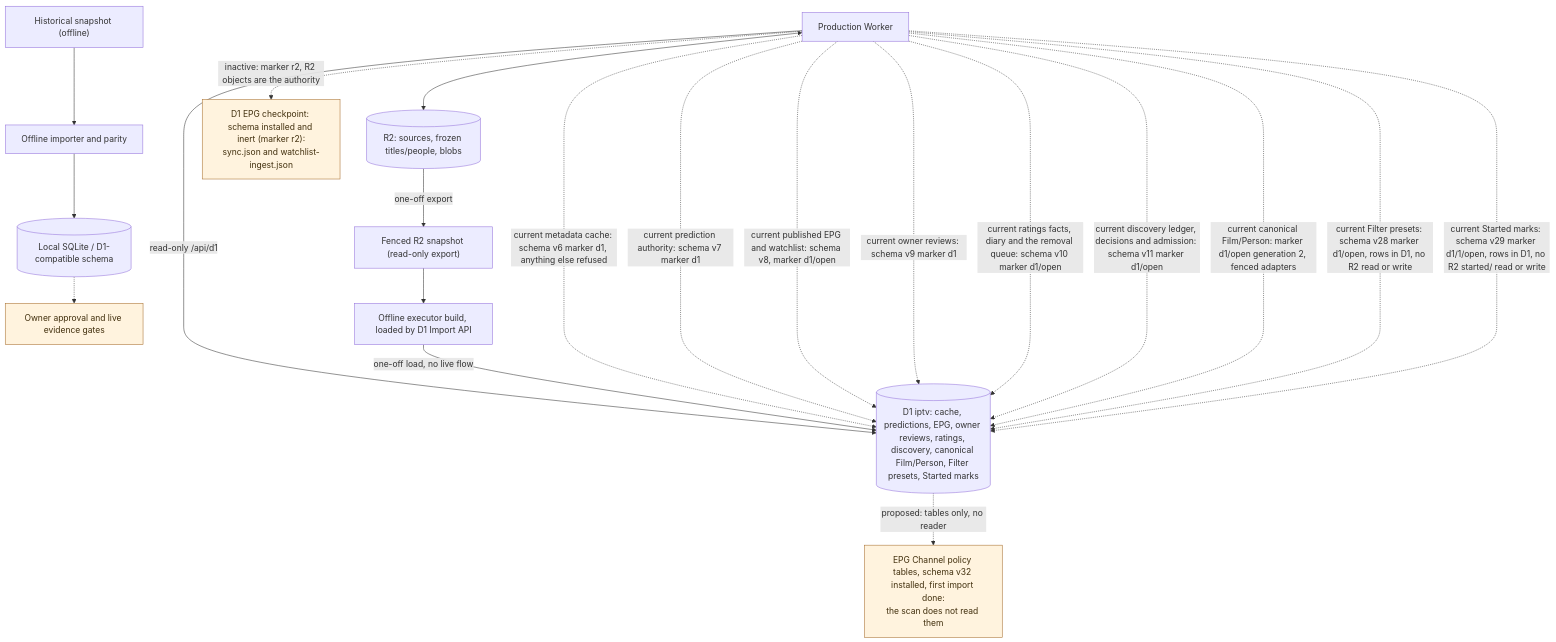
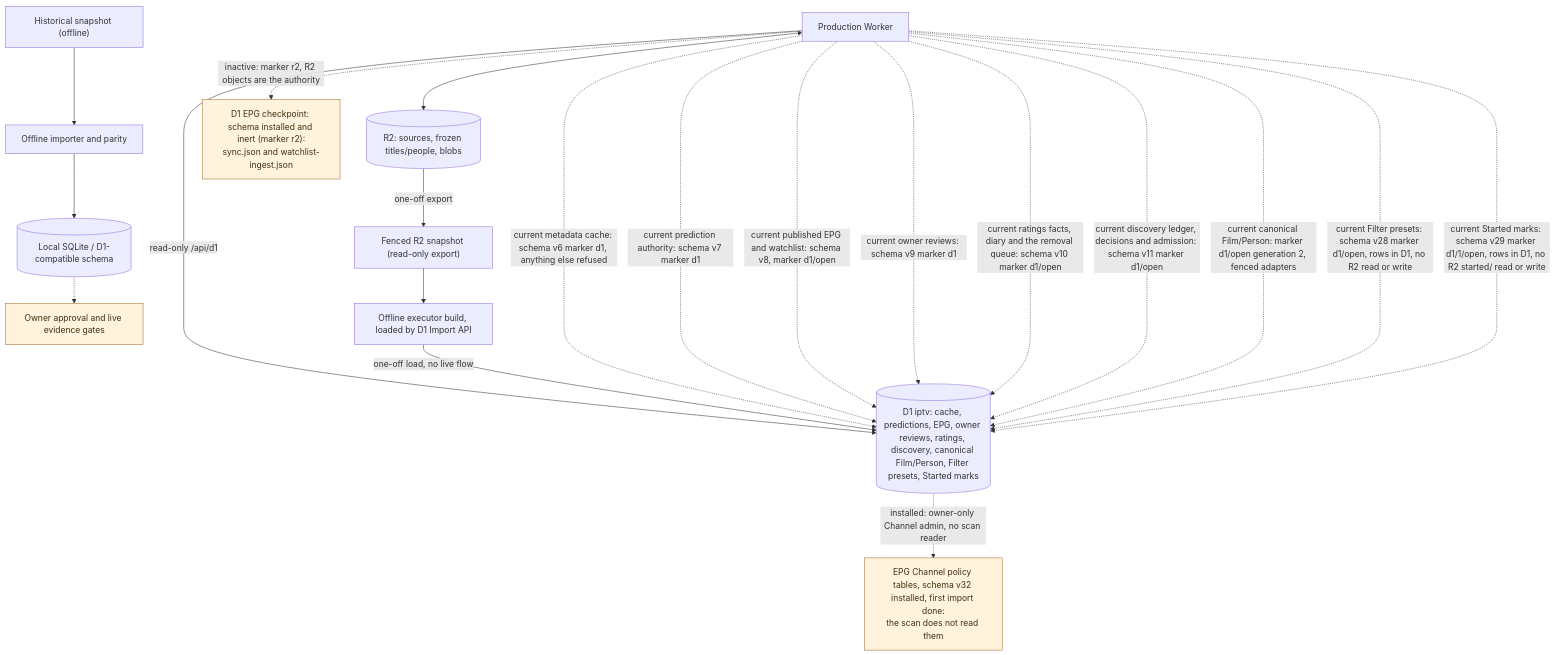
Before and after one commit to vladimino/iptv-watchlist: the diagram in docs/architecture/persistence-and-migration.md, drawn with Mermaid. The commit also changed other lines of this file and 5 other files, not shown here.

````diff
--- a/docs/architecture/persistence-and-migration.md
+++ b/docs/architecture/persistence-and-migration.md
@@ -7,32 +7,32 @@
 ```mermaid
 flowchart TD
     worker["Production Worker"]
     r2[("R2: sources, frozen titles/people, blobs")]
     archive["Historical snapshot (offline)"]
     importer["Offline importer and parity"]
     local[("Local SQLite / D1-compatible schema")]
     gate["Owner approval and live evidence gates"]
     snapshot["Fenced R2 snapshot (read-only export)"]
     reload["Offline executor build, loaded by D1 Import API"]
     d1[("D1 iptv: cache, predictions, EPG, owner reviews, ratings, discovery, canonical Film/Person, Filter presets, Started marks")]
     worker <--> r2
     worker -->|read-only /api/d1| d1
     archive --> importer --> local
     local -.-> gate
     r2 -->|one-off export| snapshot --> reload -->|one-off load, no live flow| d1
     worker -.->|current metadata cache: schema v6 marker d1, anything else refused| d1
     worker -.->|current prediction authority: schema v7 marker d1| d1
     worker -.->|current published EPG and watchlist: schema v8, marker d1/open| d1
     worker -.->|current owner reviews: schema v9 marker d1| d1
     worker -.->|current ratings facts, diary and the removal queue: schema v10 marker d1/open| d1
     worker -.->|current discovery ledger, decisions and admission: schema v11 marker d1/open| d1
     worker -.->|current canonical Film/Person: marker d1/open generation 2, fenced adapters| d1
     worker -.->|current Filter presets: schema v28 marker d1/open, rows in D1, no R2 read or write| d1
     worker -.->|current Started marks: schema v29 marker d1/1/open, rows in D1, no R2 started/ read or write| d1
     epgcp["D1 EPG checkpoint: schema installed and inert (marker r2):<br/>sync.json and watchlist-ingest.json"]
     worker -.->|"inactive: marker r2, R2 objects are the authority"| epgcp
     chan["EPG Channel policy tables, schema v32 installed, first import done:<br/>the scan does not read them"]
-    d1 -.->|"proposed: tables only, no reader"| chan
+    d1 -.->|"installed: owner-only Channel admin, no scan reader"| chan
     classDef future fill:#fff3de,stroke:#a56c2b,color:#42300e
     class gate,epgcp,chan future
 ```
````
